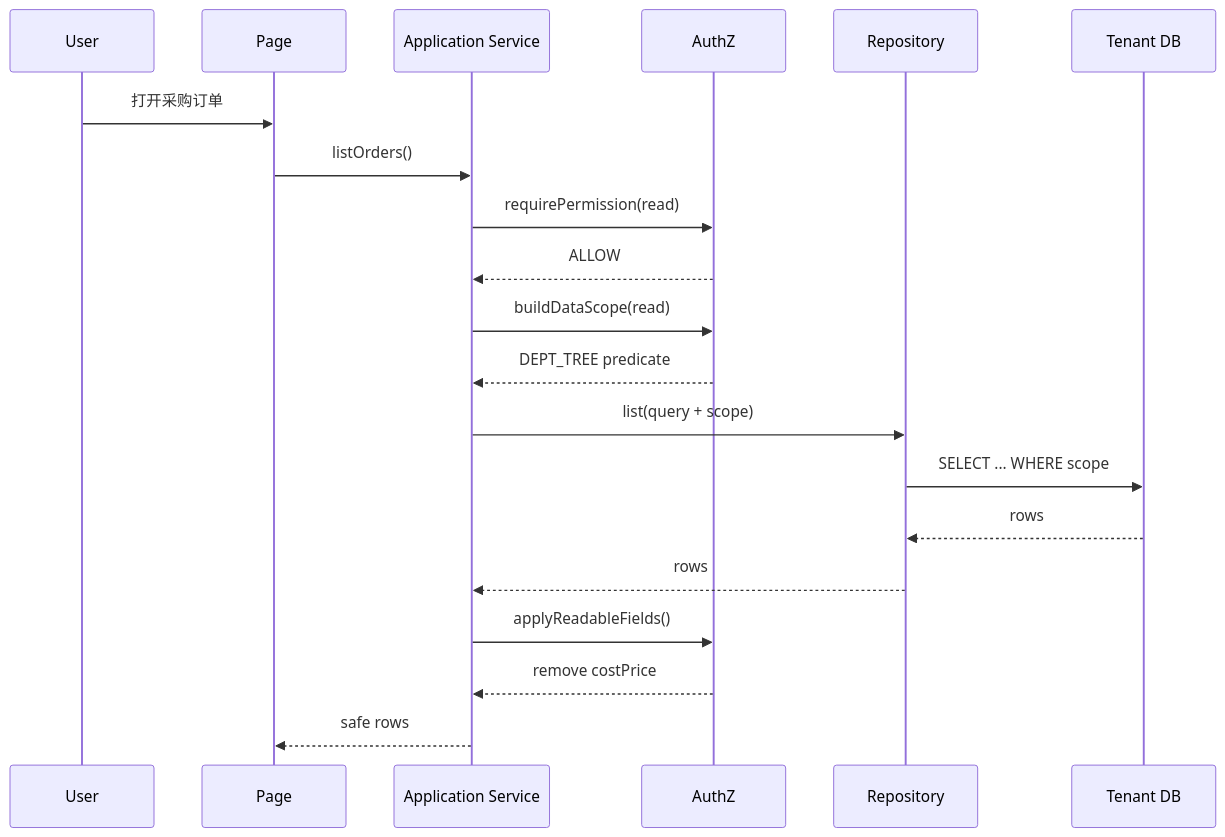
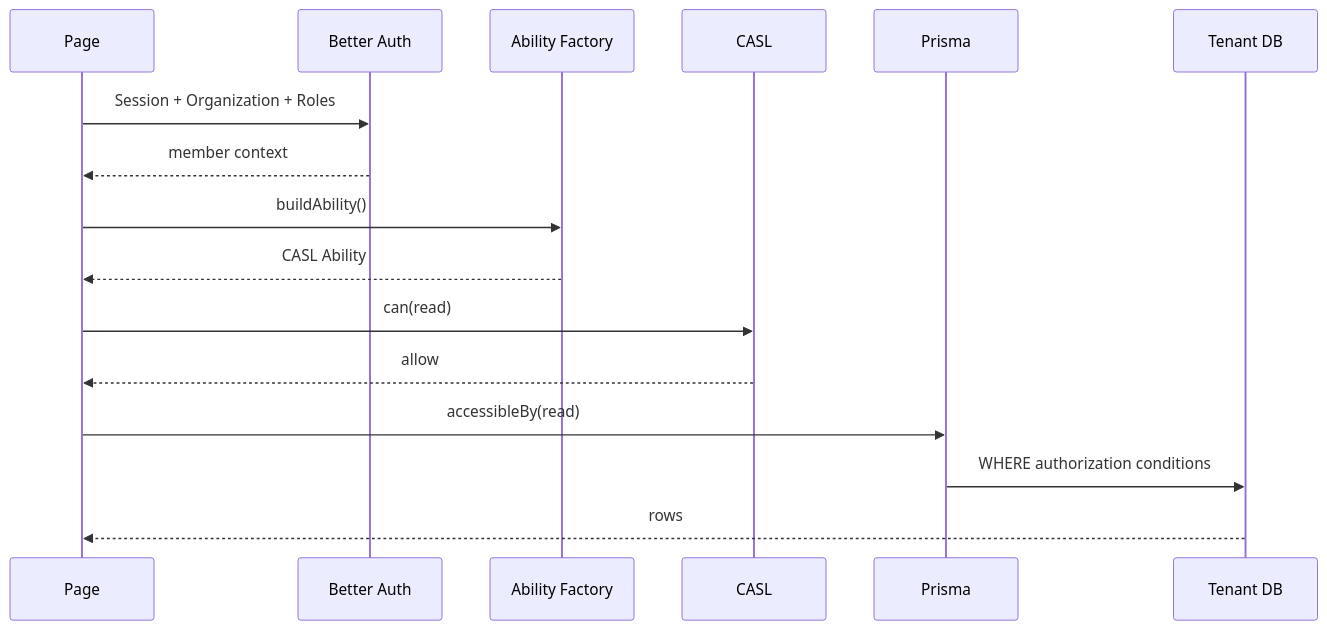
The third of 3 diagrams in docs/Permission_Flow_and_Pseudocode_Guide.md (leohu25/ActivityReservation), drawn with Mermaid before and after one commit. The commit also changed other lines of this file and 53 other files, not shown here.

````diff
--- a/docs/Permission_Flow_and_Pseudocode_Guide.md
+++ b/docs/Permission_Flow_and_Pseudocode_Guide.md
@@ -1612,23 +1106,19 @@
 ```mermaid
 sequenceDiagram
-    participant U as User
     participant P as Page
-    participant AS as Application Service
-    participant AZ as AuthZ
-    participant R as Repository
+    participant BA as Better Auth
+    participant AF as Ability Factory
+    participant CA as CASL
+    participant PR as Prisma
     participant DB as Tenant DB
 
-    U->>P: 打开采购订单
-    P->>AS: listOrders()
-    AS->>AZ: requirePermission(read)
-    AZ-->>AS: ALLOW
-    AS->>AZ: buildDataScope(read)
-    AZ-->>AS: DEPT_TREE predicate
-    AS->>R: list(query + scope)
-    R->>DB: SELECT ... WHERE scope
-    DB-->>R: rows
-    R-->>AS: rows
-    AS->>AZ: applyReadableFields()
-    AZ-->>AS: remove costPrice
-    AS-->>P: safe rows
+    P->>BA: Session + Organization + Roles
+    BA-->>P: member context
+    P->>AF: buildAbility()
+    AF-->>P: CASL Ability
+    P->>CA: can(read)
+    CA-->>P: allow
+    P->>PR: accessibleBy(read)
+    PR->>DB: WHERE authorization conditions
+    DB-->>P: rows
 ```
````
